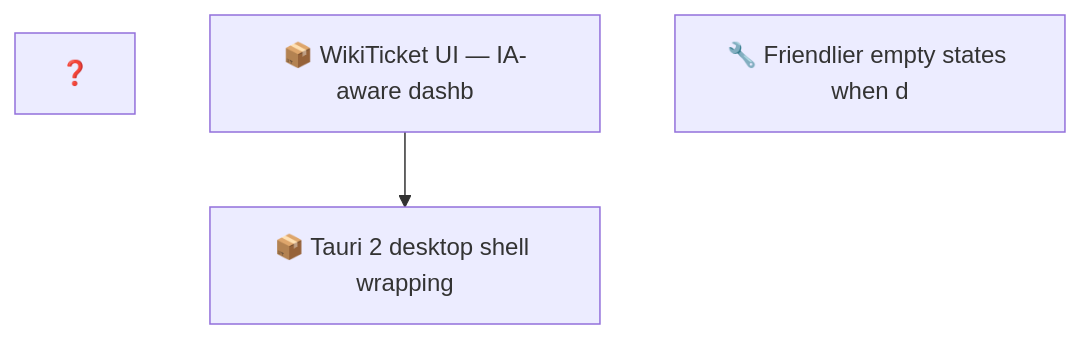
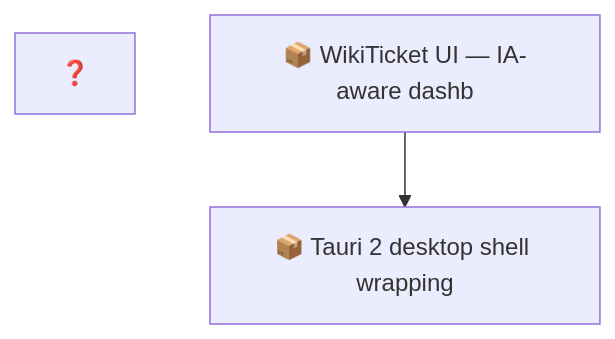
One commit to SpillwaveSolutions/wiki_ticket_sdd_ui changed the second of 2 diagrams in docs/roadmap.md. Above: the diagram before and after it, drawn with Mermaid. The commit also changed other lines of this file and 10 other files, not shown here.

First line of the commit message:
feat(web): friendly empty states when docs/.index is absent (#11)

````diff
--- a/docs/roadmap.md
+++ b/docs/roadmap.md
@@ -68,8 +61,7 @@
 ```mermaid
 graph TD
     01KY5ZZX["❓ "]
     01KY5ZZX8YXD5YDJKQGJ3VCCHN["📦 WikiTicket UI — IA-aware dashb"]
     01KY5ZZX8Z46K7BCSPPFKN23JZ["📦 Tauri 2 desktop shell wrapping"]
-    01KY67KXG4E4D2P1FJ6JPKTYX3["🔧 Friendlier empty states when d"]
     01KY5ZZX8YXD5YDJKQGJ3VCCHN --> 01KY5ZZX8Z46K7BCSPPFKN23JZ
 ```
````
